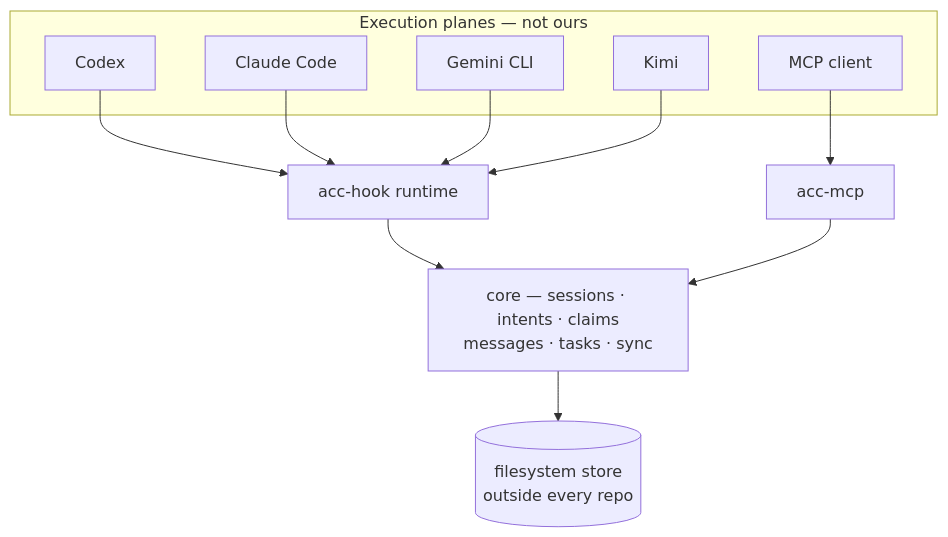
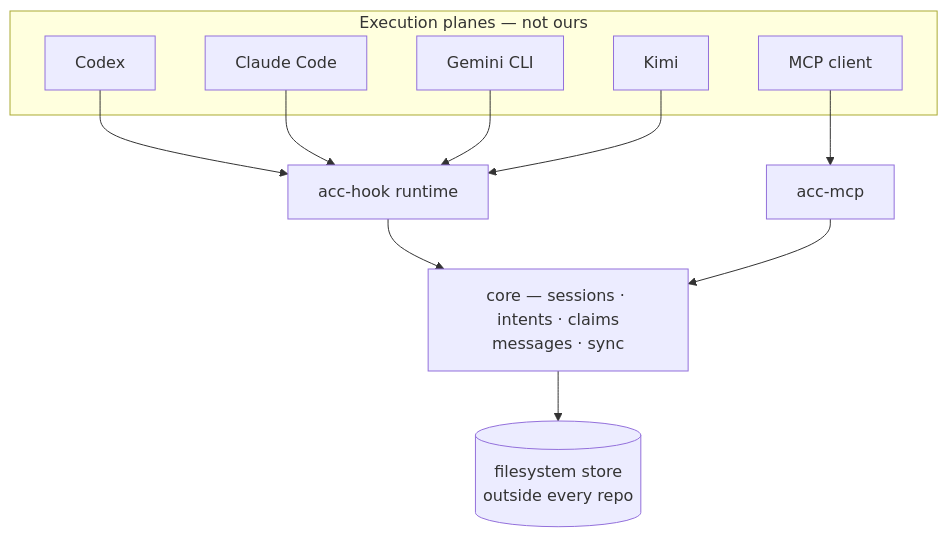
Before and after one commit to automatis-tools/agents-can-communicate: the first of 2 diagrams in docs/ARCHITECTURE.md, drawn with Mermaid. The commit also changed other lines of this file and 43 other files, not shown here.

````diff
--- a/docs/ARCHITECTURE.md
+++ b/docs/ARCHITECTURE.md
@@ -9,10 +9,10 @@
 ```mermaid
 graph TB
   subgraph "Execution planes — not ours"
     X1[Codex] & X2[Claude Code] & X3[Gemini CLI] & X4[Kimi] & X5[MCP client]
   end
   X1 & X2 & X3 & X4 --> HR[acc-hook runtime]
   X5 --> MS[acc-mcp]
-  HR & MS --> CO["core — sessions · intents · claims<br/>messages · tasks · sync"]
+  HR & MS --> CO["core — sessions · intents · claims<br/>messages · sync"]
   CO --> ST[(filesystem store<br/>outside every repo)]
 ```
````
